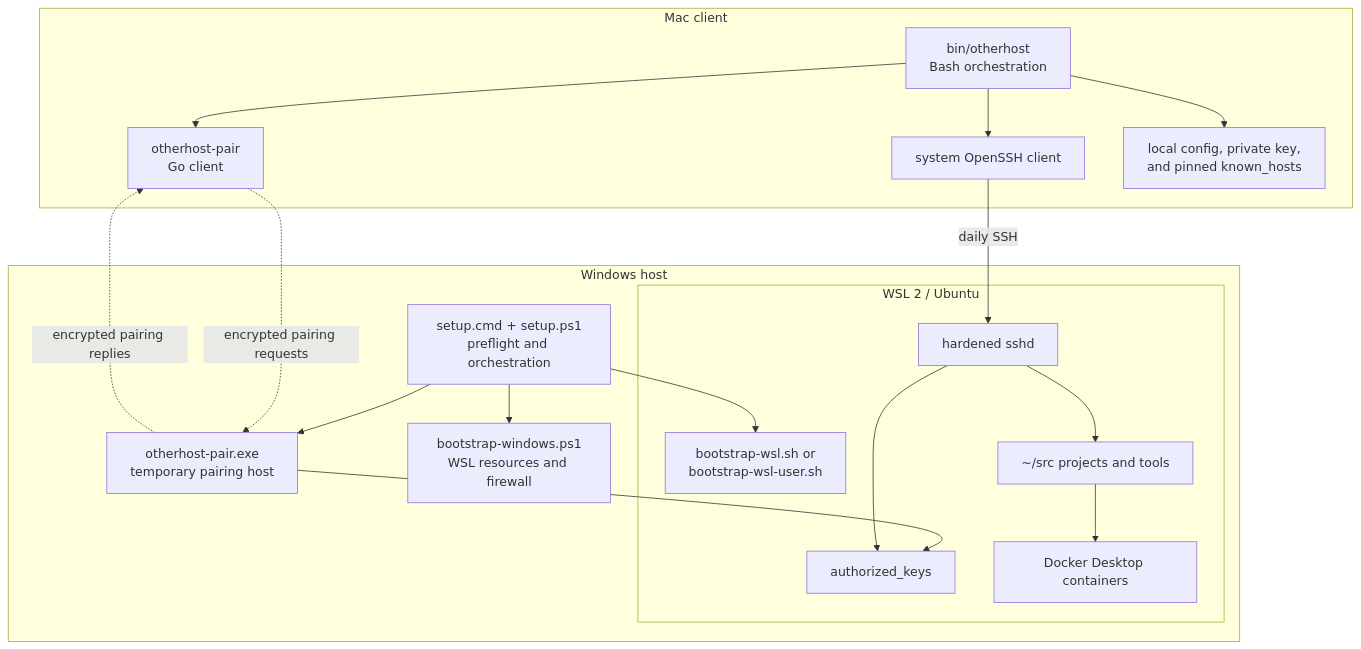
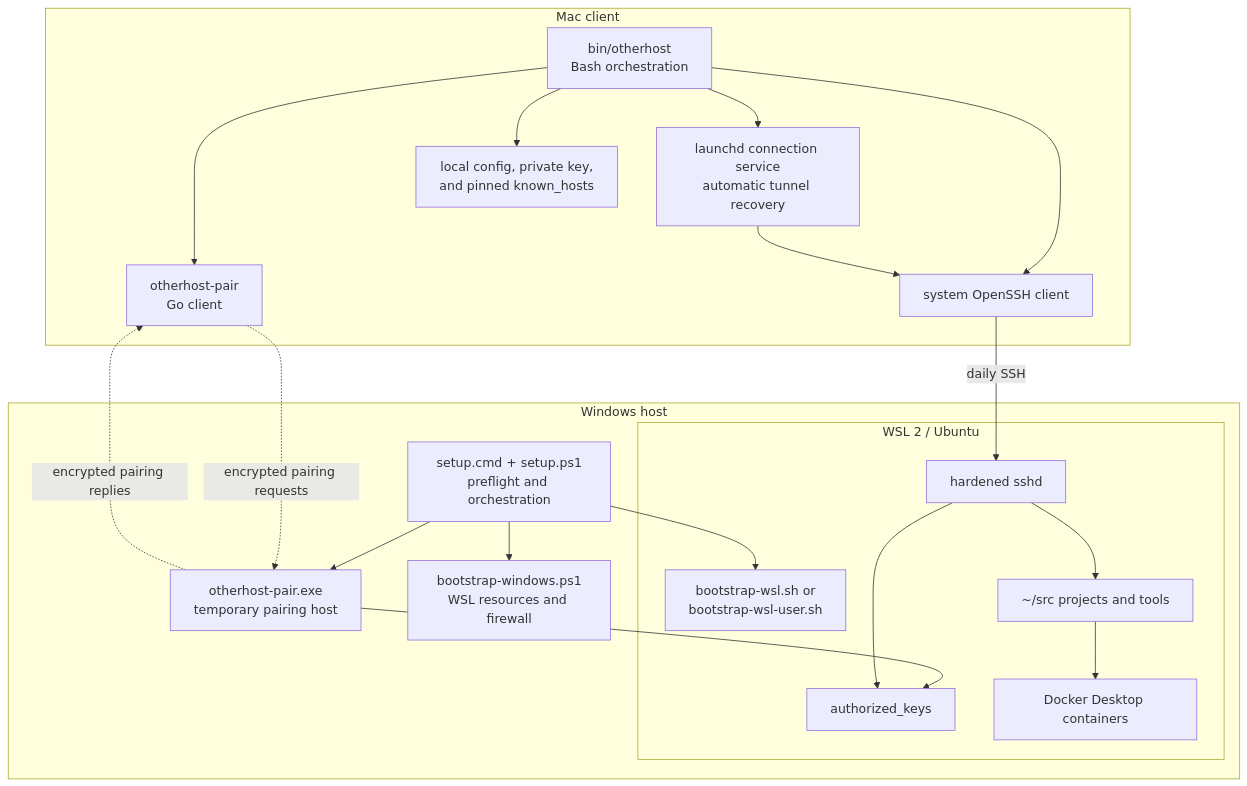
One commit to M3ndes/otherhost changed the first of 3 diagrams in docs/architecture.md. Above: the diagram before and after it, drawn with Mermaid. The commit also changed other lines of this file and 18 other files, not shown here.

````diff
--- a/docs/architecture.md
+++ b/docs/architecture.md
@@ -24,37 +24,40 @@
 ```mermaid
 flowchart TB
     subgraph Mac["Mac client"]
         CLI["bin/otherhost<br/>Bash orchestration"]
         MacPair["otherhost-pair<br/>Go client"]
         OpenSSH["system OpenSSH client"]
+        LaunchAgent["launchd connection service<br/>automatic tunnel recovery"]
         MacState["local config, private key,<br/>and pinned known_hosts"]
     end
 
     subgraph Windows["Windows host"]
         Setup["setup.cmd + setup.ps1<br/>preflight and orchestration"]
         WinPolicy["bootstrap-windows.ps1<br/>WSL resources and firewall"]
         WinPair["otherhost-pair.exe<br/>temporary pairing host"]
 
         subgraph WSL["WSL 2 / Ubuntu"]
             WSLSetup["bootstrap-wsl.sh or<br/>bootstrap-wsl-user.sh"]
             SSHD["hardened sshd"]
             Auth["authorized_keys"]
             Workspace["~/src projects and tools"]
             Containers["Docker Desktop containers"]
         end
     end
 
     CLI --> MacPair
     CLI --> OpenSSH
+    CLI --> LaunchAgent
+    LaunchAgent --> OpenSSH
     CLI --> MacState
     Setup --> WinPolicy
     Setup --> WinPair
     Setup --> WSLSetup
     MacPair -.->|"encrypted pairing requests"| WinPair
     WinPair -.->|"encrypted pairing replies"| MacPair
     WinPair --> Auth
     OpenSSH -->|"daily SSH"| SSHD
     SSHD --> Auth
     SSHD --> Workspace
     Workspace --> Containers
 ```
````
